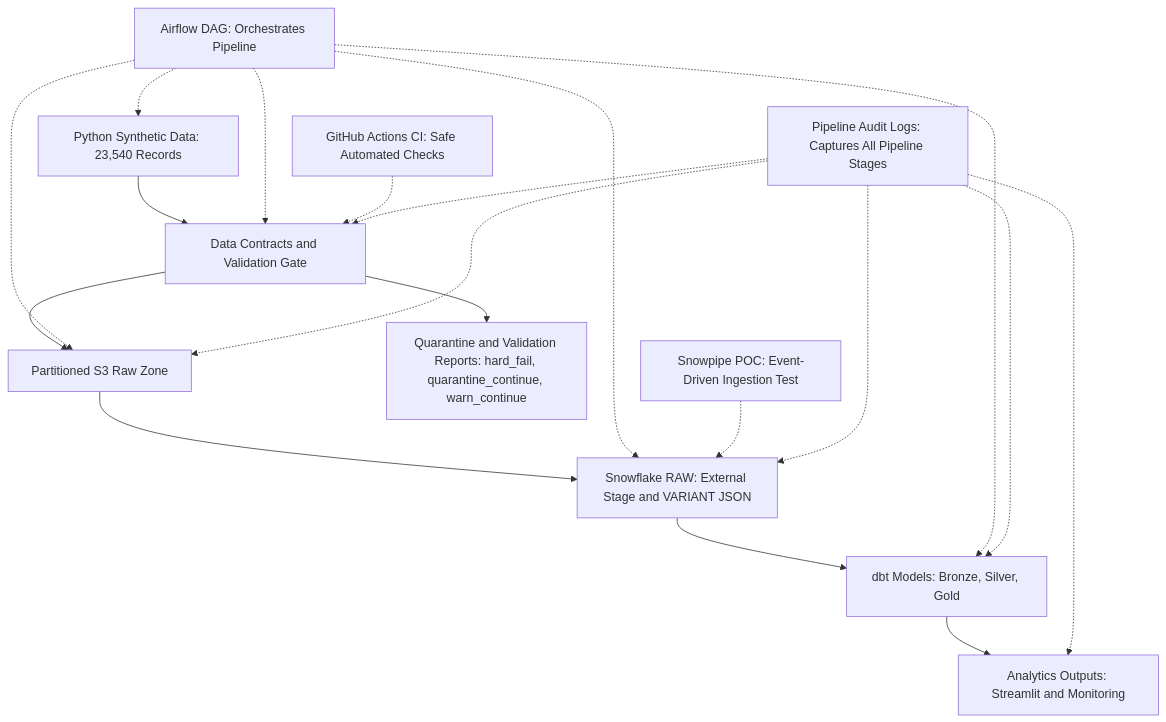
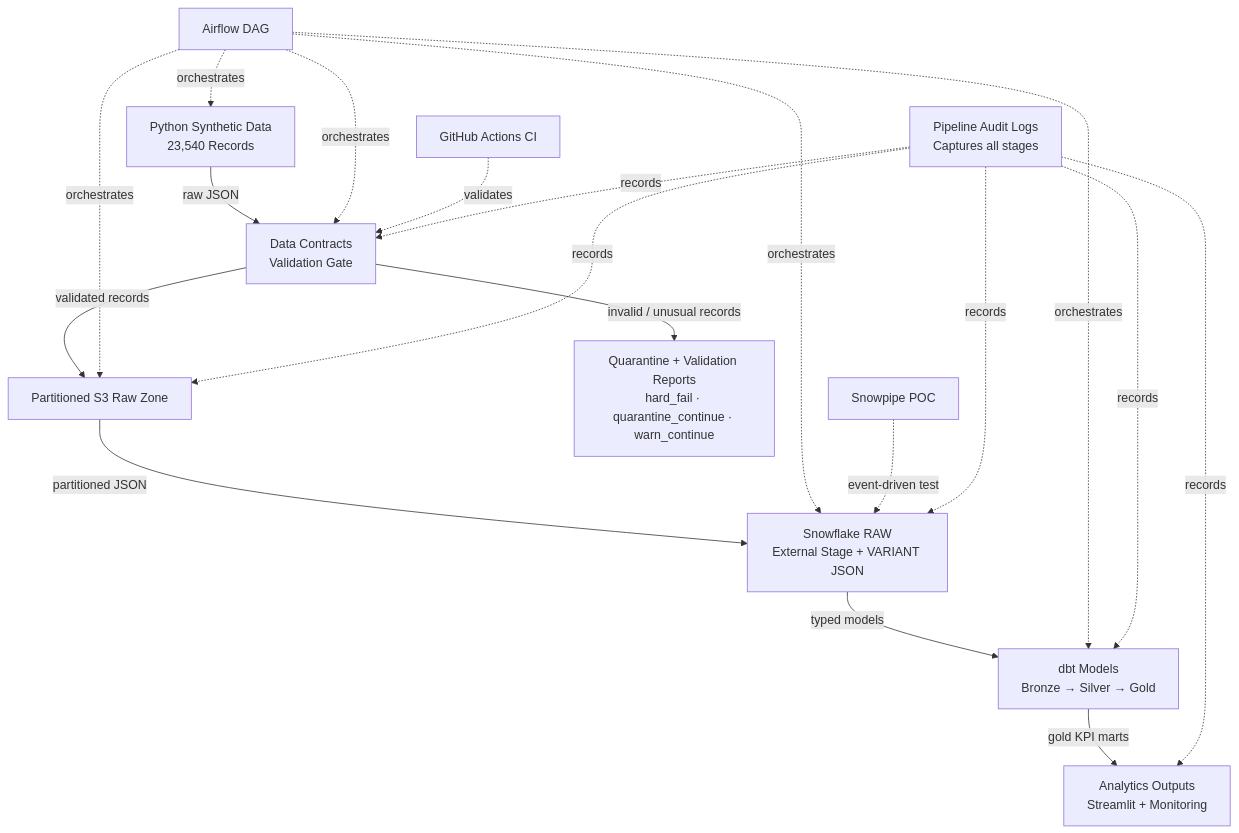
One commit to samahmedQA/fraud-dispute-analytics-pipeline changed the diagram in README.md. Above: the diagram before and after it, drawn with Mermaid.

Commit message:
Improve architecture diagram data flow

````diff
--- a/README.md
+++ b/README.md
@@ -67,38 +67,37 @@
 ```mermaid
 flowchart TD
-    A["Python Synthetic Data: 23,540 Records"]
-    B["Data Contracts and Validation Gate"]
+    A["Python Synthetic Data<br/>23,540 Records"]
+    B["Data Contracts<br/>Validation Gate"]
     C["Partitioned S3 Raw Zone"]
-    D["Snowflake RAW: External Stage and VARIANT JSON"]
-    E["dbt Models: Bronze, Silver, Gold"]
-    F["Analytics Outputs: Streamlit and Monitoring"]
+    D["Snowflake RAW<br/>External Stage + VARIANT JSON"]
+    E["dbt Models<br/>Bronze → Silver → Gold"]
+    F["Analytics Outputs<br/>Streamlit + Monitoring"]
 
-    G["Quarantine and Validation Reports: hard_fail, quarantine_continue, warn_continue"]
-    H["Airflow DAG: Orchestrates Pipeline"]
-    I["GitHub Actions CI: Safe Automated Checks"]
-    J["Snowpipe POC: Event-Driven Ingestion Test"]
-    K["Pipeline Audit Logs: Captures All Pipeline Stages"]
+    G["Quarantine + Validation Reports<br/>hard_fail · quarantine_continue · warn_continue"]
+    H["Airflow DAG"]
+    I["GitHub Actions CI"]
+    J["Snowpipe POC"]
+    K["Pipeline Audit Logs<br/>Captures all stages"]
 
-    A --> B
-    B --> C
-    C --> D
-    D --> E
-    E --> F
+    A -->|"raw JSON"| B
+    B -->|"validated records"| C
+    B -->|"invalid / unusual records"| G
+    C -->|"partitioned JSON"| D
+    D -->|"typed models"| E
+    E -->|"gold KPI marts"| F
 
-    B --> G
+    H -. "orchestrates" .-> A
+    H -. "orchestrates" .-> B
+    H -. "orchestrates" .-> C
+    H -. "orchestrates" .-> D
+    H -. "orchestrates" .-> E
 
-    H -.-> A
-    H -.-> B
-    H -.-> C
-    H -.-> D
-    H -.-> E
+    I -. "validates" .-> B
+    J -. "event-driven test" .-> D
 
-    I -.-> B
-    J -.-> D
-
-    K -.-> B
-    K -.-> C
-    K -.-> D
-    K -.-> E
-    K -.-> F
+    K -. "records" .-> B
+    K -. "records" .-> C
+    K -. "records" .-> D
+    K -. "records" .-> E
+    K -. "records" .-> F
 ```
````
